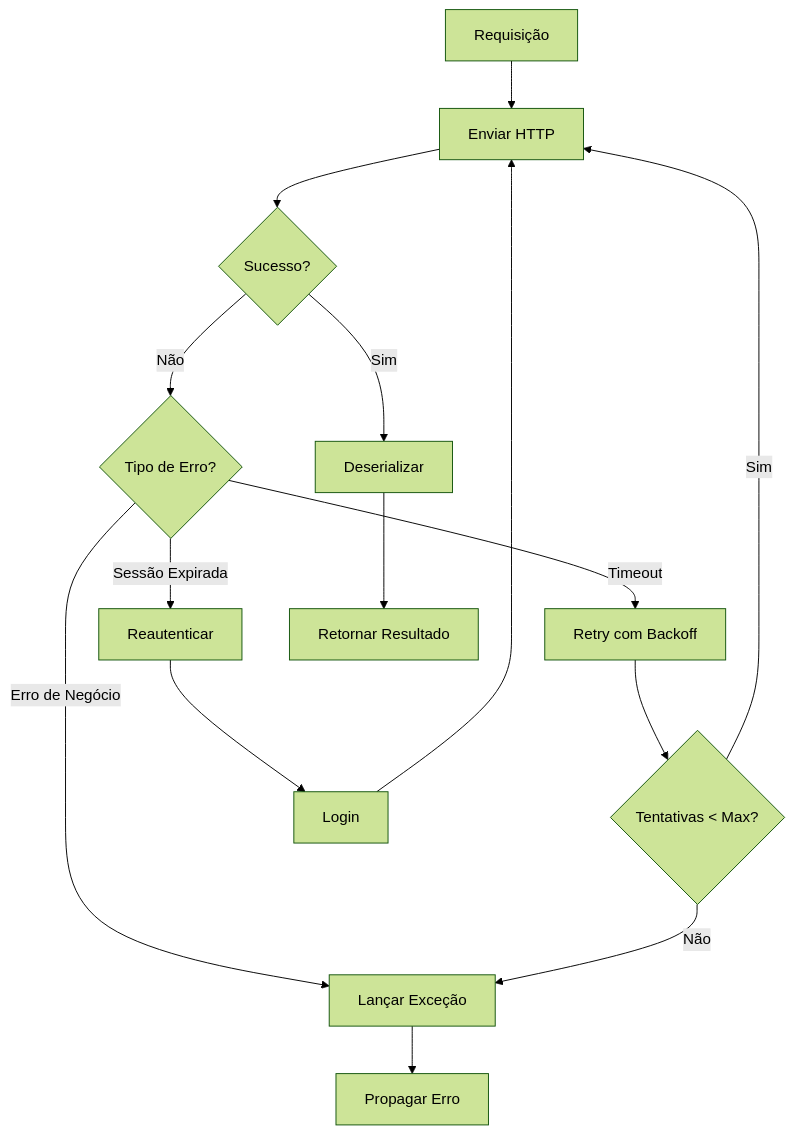
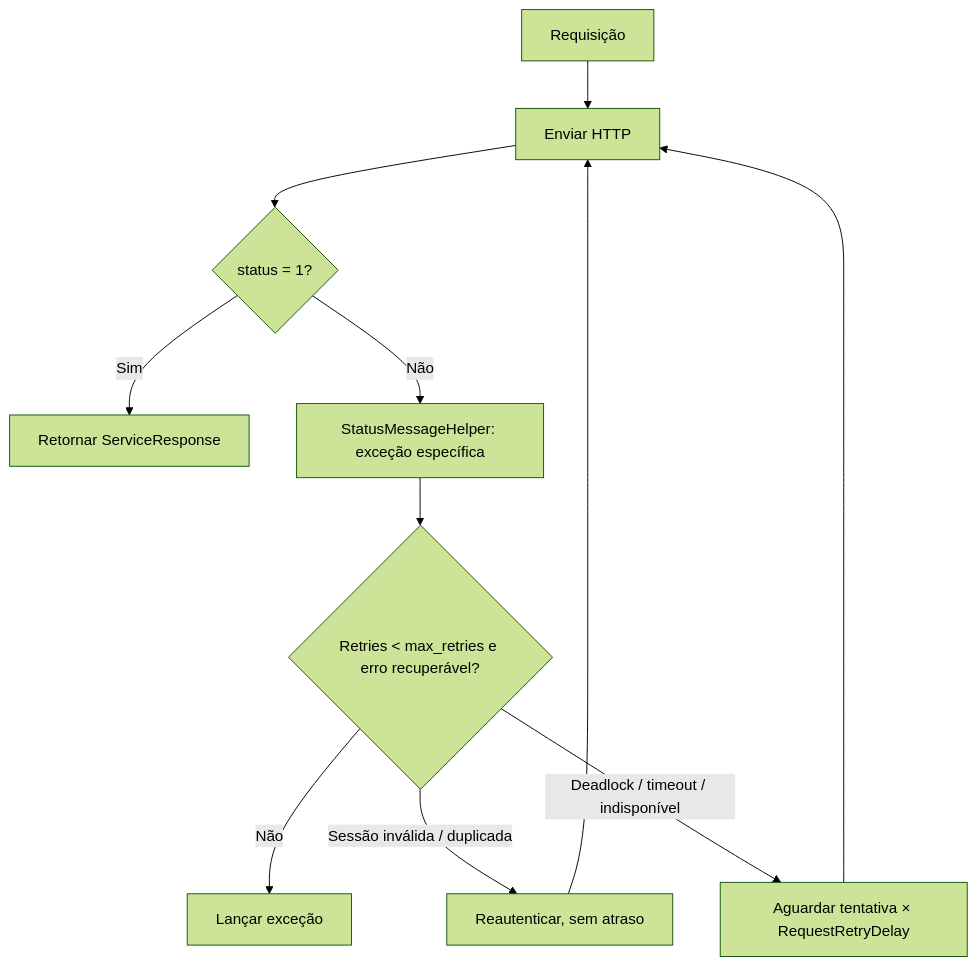
One commit to ssmvictor/Sankhya-SDK-python changed the fifth of 5 diagrams in docs/core-concepts/architecture.md. Above: the diagram before and after it, drawn with Mermaid (forest theme). The commit also changed other lines of this file, not shown here.

First line of the commit message:
docs(arquitetura): descrever retry linear e a api real das camadas

````diff
--- a/docs/core-concepts/architecture.md
+++ b/docs/core-concepts/architecture.md
@@ -198,21 +210,13 @@
 ```mermaid
 flowchart TD
     A[Requisição] --> B[Enviar HTTP]
-    B --> C{Sucesso?}
-    C -->|Sim| D[Deserializar]
-    C -->|Não| E{Tipo de Erro?}
-    
-    E -->|Timeout| F[Retry com Backoff]
-    E -->|Sessão Expirada| G[Reautenticar]
-    E -->|Erro de Negócio| H[Lançar Exceção]
-    
-    F --> I{Tentativas < Max?}
-    I -->|Sim| B
-    I -->|Não| H
-    
-    G --> J[Login]
-    J --> B
-    
-    D --> K[Retornar Resultado]
-    H --> L[Propagar Erro]
+    B --> C{status = 1?}
+    C -->|Sim| D[Retornar ServiceResponse]
+    C -->|Não| E[StatusMessageHelper: exceção específica]
+    E --> F{Retries < max_retries e erro recuperável?}
+    F -->|Não| H[Lançar exceção]
+    F -->|Sessão inválida / duplicada| G[Reautenticar, sem atraso]
+    F -->|Deadlock / timeout / indisponível| I[Aguardar tentativa × RequestRetryDelay]
+    G --> B
+    I --> B
 ```
````
